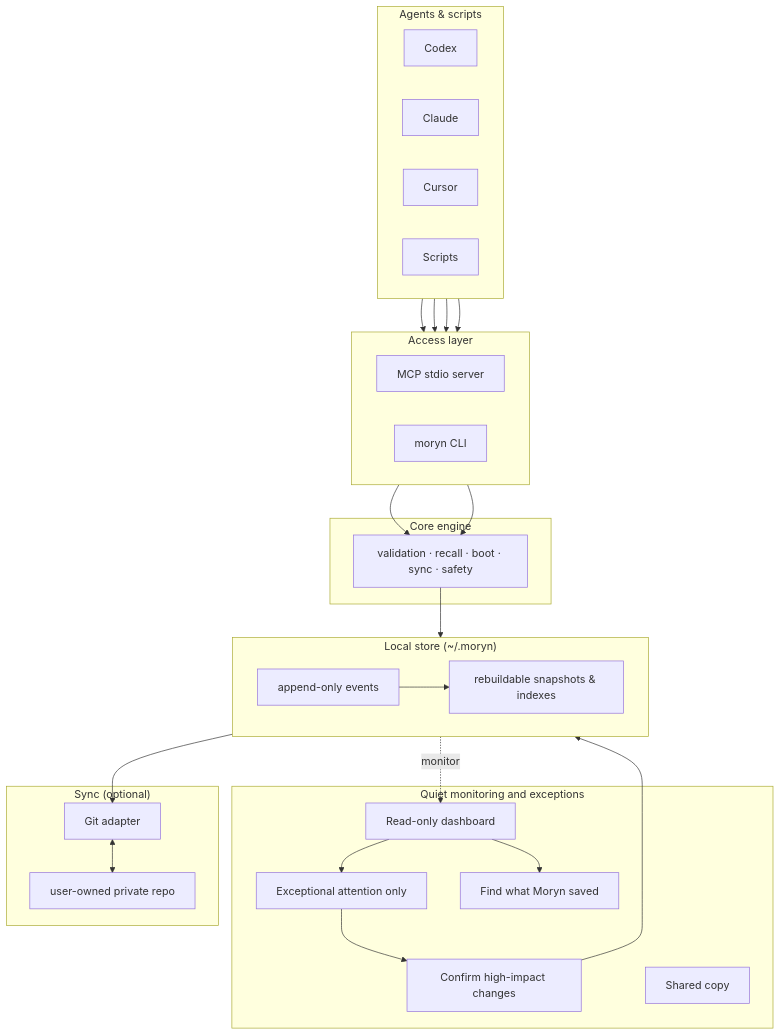
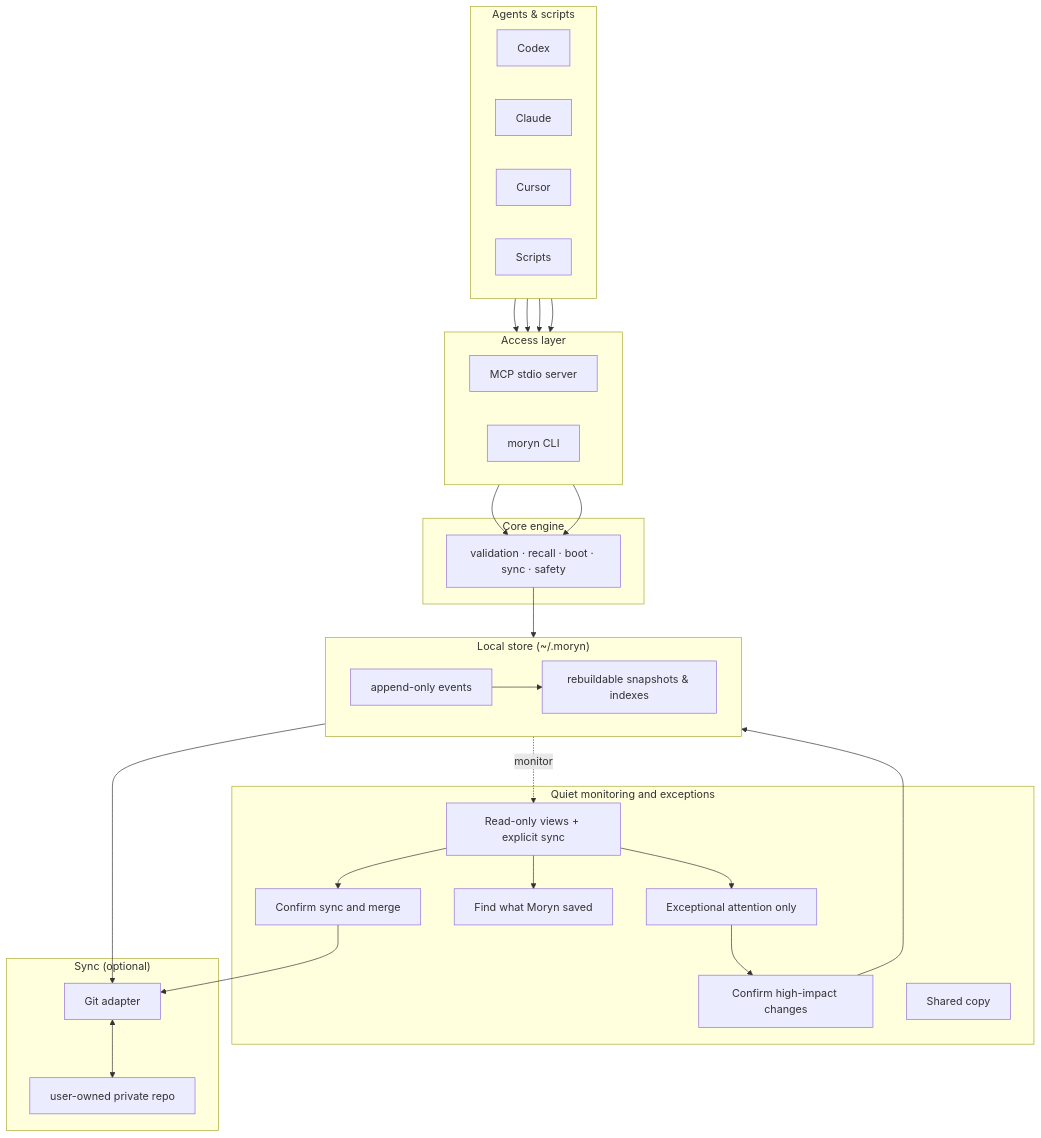
The diagram in README.md (Richardyu114/Moryn), drawn with Mermaid before and after one commit. The commit also changed other lines of this file and 14 other files, not shown here.

Commit message:
feat: add safe dashboard shared-copy sync

````diff
--- a/README.md
+++ b/README.md
@@ -268,52 +273,55 @@
 ```mermaid
 flowchart TB
   subgraph Agents["Agents & scripts"]
     direction LR
     Codex["Codex"]
     Claude["Claude"]
     Cursor["Cursor"]
     Scripts["Scripts"]
   end
 
   subgraph Access["Access layer"]
     direction LR
     MCP["MCP stdio server"]
     CLI["moryn CLI"]
   end
 
   subgraph Core["Core engine"]
     Engine["validation · recall · boot · sync · safety"]
   end
 
   subgraph Store["Local store (~/.moryn)"]
     direction LR
     Events["append-only events"]
     Views["rebuildable snapshots & indexes"]
   end
 
   subgraph ReviewLayer["Quiet monitoring and exceptions"]
-    Dashboard["Read-only dashboard"]
+    Dashboard["Read-only views + explicit sync"]
     DashboardReview["Exceptional attention only"]
     MemorySearch["Find what Moryn saved"]
     Approve["Confirm high-impact changes"]
+    SyncAction["Confirm sync and merge"]
     SharedCopy["Shared copy"]
   end
 
   subgraph Sync["Sync (optional)"]
     Git["Git adapter"]
     Remote["user-owned private repo"]
   end
 
   Codex & Claude & Cursor --> MCP
   Scripts --> CLI
   MCP & CLI --> Engine
   Engine --> Events
   Events --> Views
   Views -. monitor .-> Dashboard
   Dashboard --> DashboardReview
   Dashboard --> MemorySearch
+  Dashboard --> SyncAction
   DashboardReview --> Approve
   Approve --> Events
+  SyncAction --> Git
   Events --> Git
   Git <--> Remote
 ```
````
